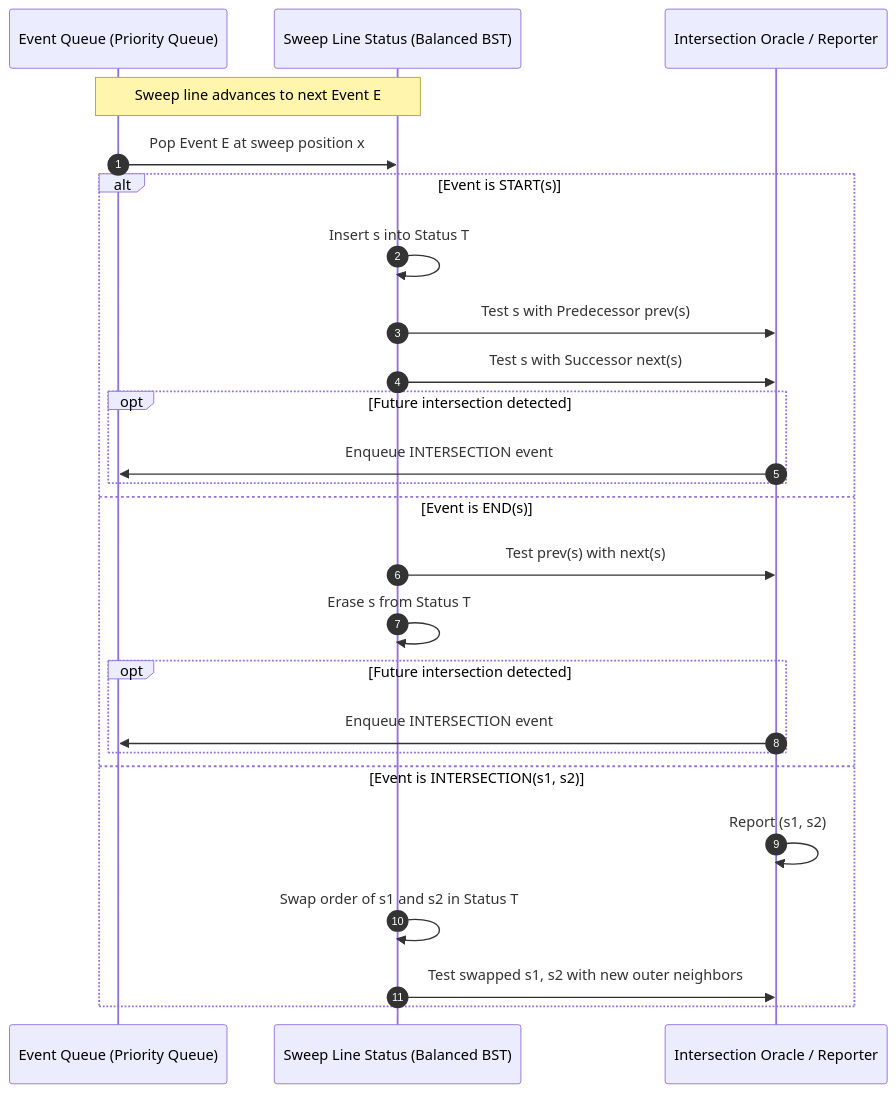
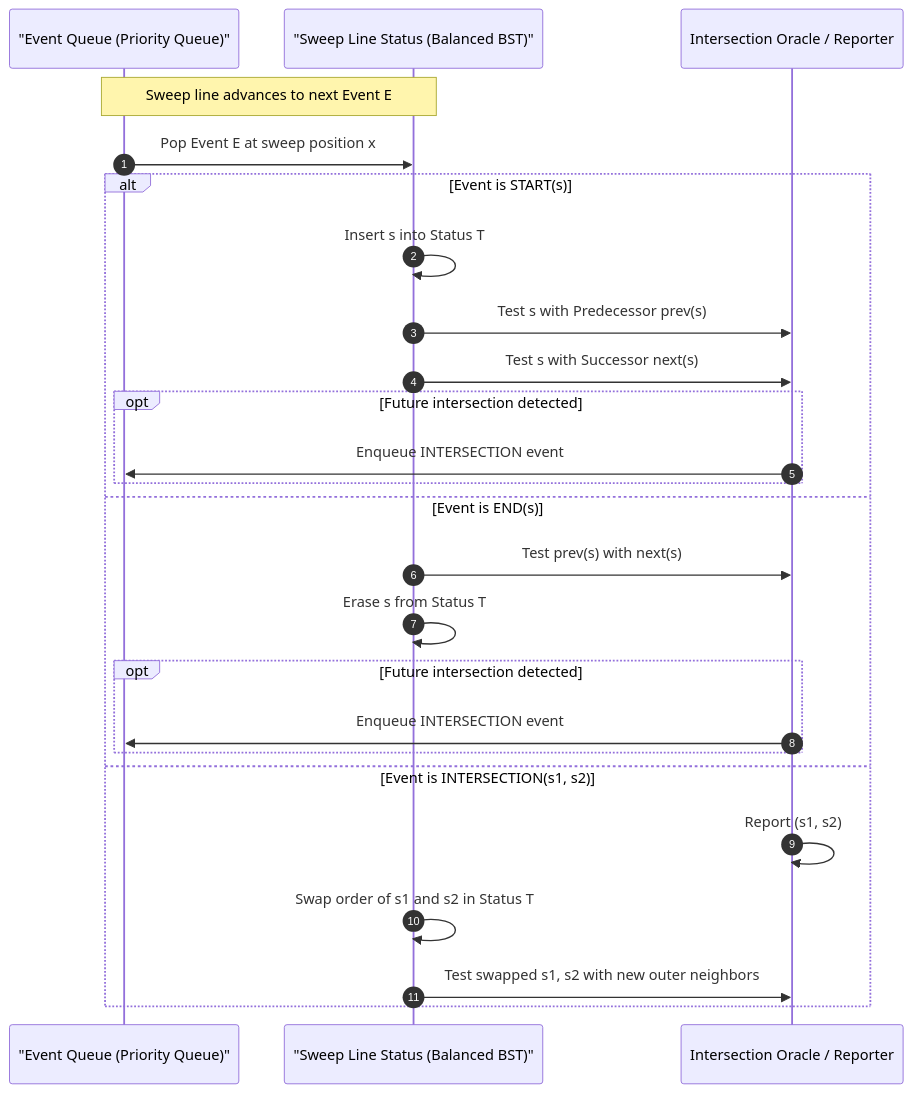
The second of 2 diagrams in docs/13-geometric-and-spatial-algorithms/line-sweep.md (nijuna/awesome-dsa), drawn with Mermaid before and after one commit. The commit also changed 30 other files, not shown here.

Commit message:
refactor(docs): sanitize LaTeX environments, format diagrams, and resolve cross-references

````diff
--- a/docs/13-geometric-and-spatial-algorithms/line-sweep.md
+++ b/docs/13-geometric-and-spatial-algorithms/line-sweep.md
@@ -95,29 +95,29 @@
 ```mermaid
 sequenceDiagram
     autonumber
-    participant Q as Event Queue (Priority Queue)
-    participant L as Sweep Line Status (Balanced BST)
+    participant Q as "Event Queue (Priority Queue)"
+    participant L as "Sweep Line Status (Balanced BST)"
     participant O as Intersection Oracle / Reporter
 
     Note over Q,L: Sweep line advances to next Event E
     Q->>L: Pop Event E at sweep position x
 
     alt Event is START(s)
         L->>L: Insert s into Status T
         L->>O: Test s with Predecessor prev(s)
         L->>O: Test s with Successor next(s)
         opt Future intersection detected
             O->>Q: Enqueue INTERSECTION event
         end
     else Event is END(s)
         L->>O: Test prev(s) with next(s)
         L->>L: Erase s from Status T
         opt Future intersection detected
             O->>Q: Enqueue INTERSECTION event
         end
     else Event is INTERSECTION(s1, s2)
         O->>O: Report (s1, s2)
         L->>L: Swap order of s1 and s2 in Status T
         L->>O: Test swapped s1, s2 with new outer neighbors
     end
 ```
````
